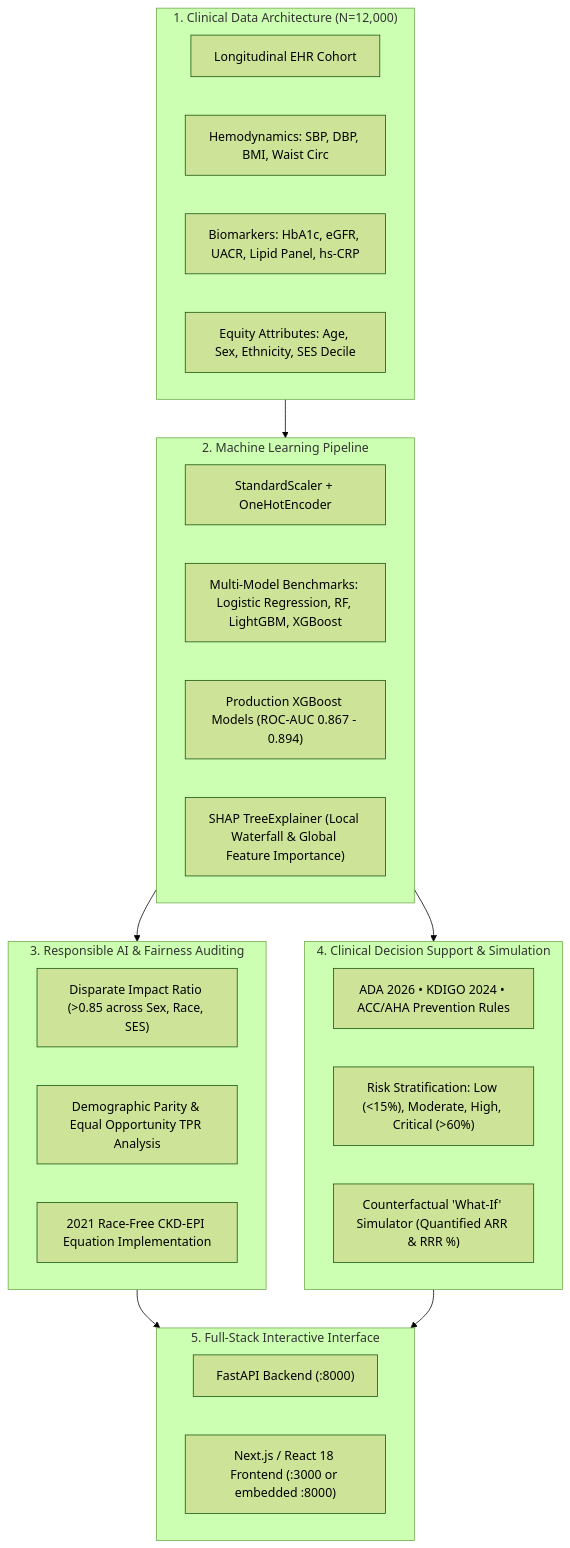
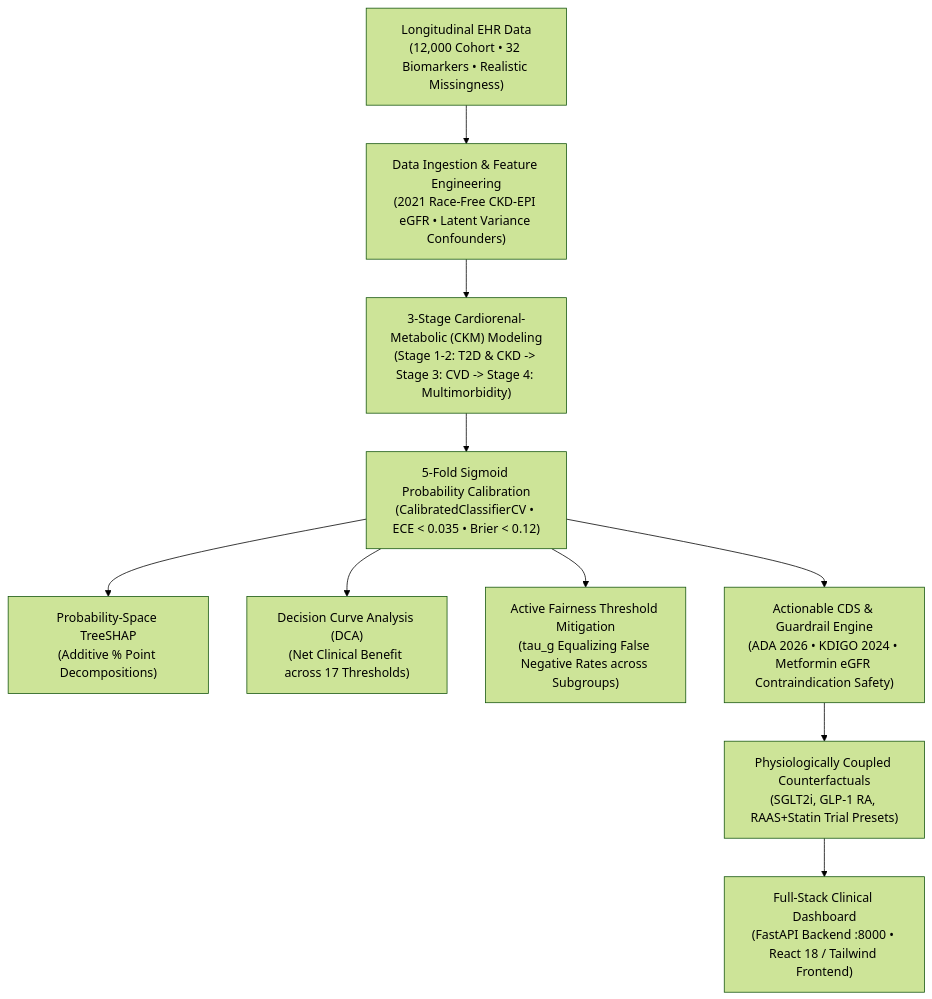
One commit to armageden/vitarisk-cds changed the diagram in README.md. Above: the diagram before and after it, drawn with Mermaid (forest theme). The commit also changed other lines of this file and 17 other files, not shown here.

````diff
--- a/README.md
+++ b/README.md
@@ -29,39 +81,12 @@
 ```mermaid
 flowchart TD
-    subgraph Data["1. Clinical Data Architecture (N=12,000)"]
-        EHR["Longitudinal EHR Cohort"]
-        Vitals["Hemodynamics: SBP, DBP, BMI, Waist Circ"]
-        Biomarkers["Biomarkers: HbA1c, eGFR, UACR, Lipid Panel, hs-CRP"]
-        Equity["Equity Attributes: Age, Sex, Ethnicity, SES Decile"]
-    end
-
-    subgraph ML["2. Machine Learning Pipeline"]
-        Scale["StandardScaler + OneHotEncoder"]
-        Models["Multi-Model Benchmarks: Logistic Regression, RF, LightGBM, XGBoost"]
-        XGB["Production XGBoost Models (ROC-AUC 0.867 - 0.894)"]
-        SHAP["SHAP TreeExplainer (Local Waterfall & Global Feature Importance)"]
-    end
-
-    subgraph Fairness["3. Responsible AI & Fairness Auditing"]
-        DI["Disparate Impact Ratio (>0.85 across Sex, Race, SES)"]
-        DP["Demographic Parity & Equal Opportunity TPR Analysis"]
-        CKD_EPI["2021 Race-Free CKD-EPI Equation Implementation"]
-    end
-
-    subgraph CDS["4. Clinical Decision Support & Simulation"]
-        Guidelines["ADA 2026 • KDIGO 2024 • ACC/AHA Prevention Rules"]
-        Tiers["Risk Stratification: Low (<15%), Moderate, High, Critical (>60%)"]
-        WhatIf["Counterfactual 'What-If' Simulator (Quantified ARR & RRR %)"]
-    end
-
-    subgraph UI["5. Full-Stack Interactive Interface"]
-        API["FastAPI Backend (:8000)"]
-        React["Next.js / React 18 Frontend (:3000 or embedded :8000)"]
-    end
-
-    Data --> ML
-    ML --> Fairness
-    ML --> CDS
-    Fairness --> UI
-    CDS --> UI
+    A["Longitudinal EHR Data<br/>(12,000 Cohort • 32 Biomarkers • Realistic Missingness)"] --> B["Data Ingestion & Feature Engineering<br/>(2021 Race-Free CKD-EPI eGFR • Latent Variance Confounders)"]
+    B --> C["3-Stage Cardiorenal-Metabolic (CKM) Modeling<br/>(Stage 1-2: T2D & CKD -> Stage 3: CVD -> Stage 4: Multimorbidity)"]
+    C --> D["5-Fold Sigmoid Probability Calibration<br/>(CalibratedClassifierCV • ECE &lt; 0.035 • Brier &lt; 0.12)"]
+    D --> E["Probability-Space TreeSHAP<br/>(Additive % Point Decompositions)"]
+    D --> F["Decision Curve Analysis (DCA)<br/>(Net Clinical Benefit across 17 Thresholds)"]
+    D --> G["Active Fairness Threshold Mitigation<br/>(tau_g Equalizing False Negative Rates across Subgroups)"]
+    D --> H["Actionable CDS & Guardrail Engine<br/>(ADA 2026 • KDIGO 2024 • Metformin eGFR Contraindication Safety)"]
+    H --> I["Physiologically Coupled Counterfactuals<br/>(SGLT2i, GLP-1 RA, RAAS+Statin Trial Presets)"]
+    I --> J["Full-Stack Clinical Dashboard<br/>(FastAPI Backend :8000 • React 18 / Tailwind Frontend)"]
 ```
````
